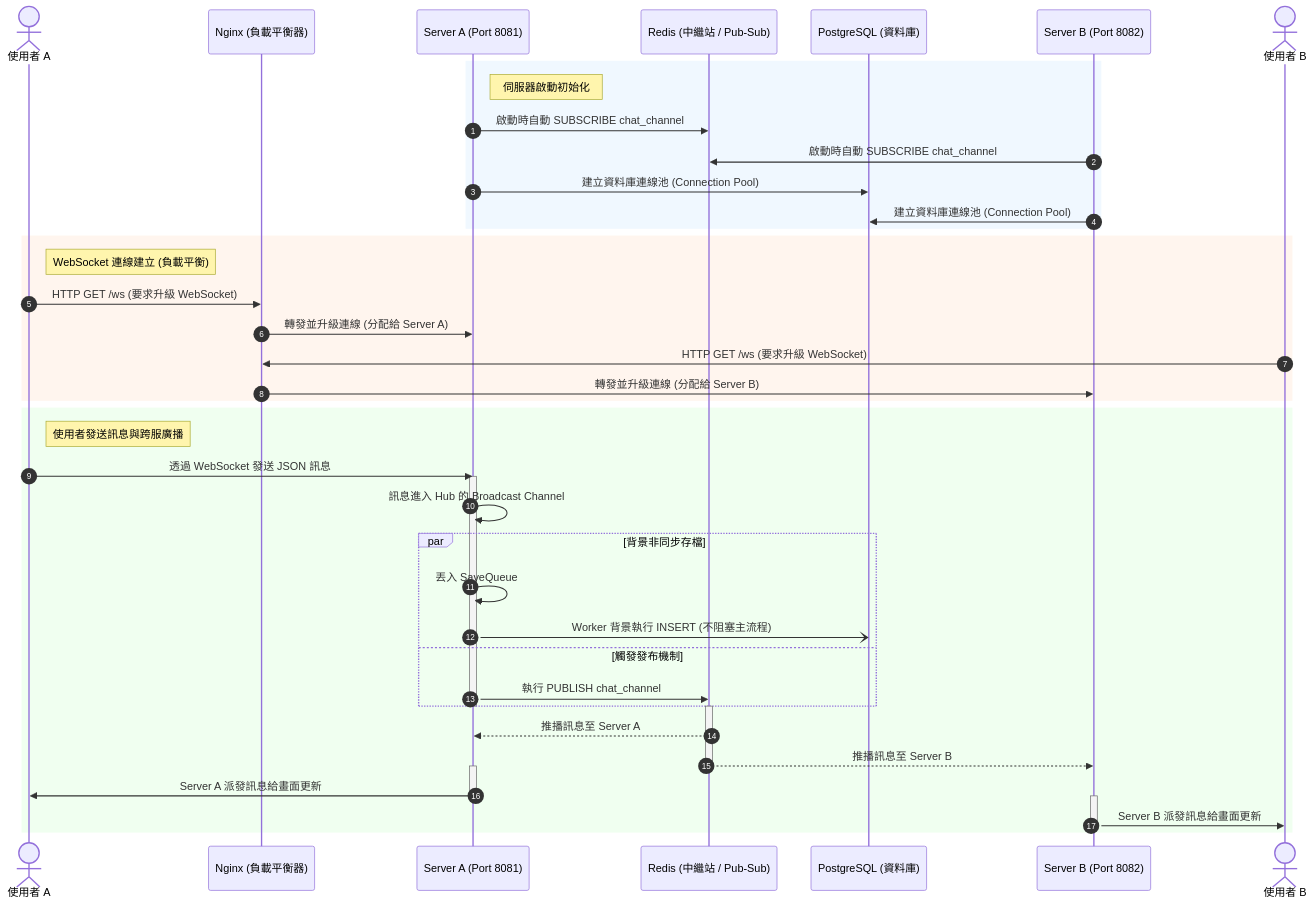
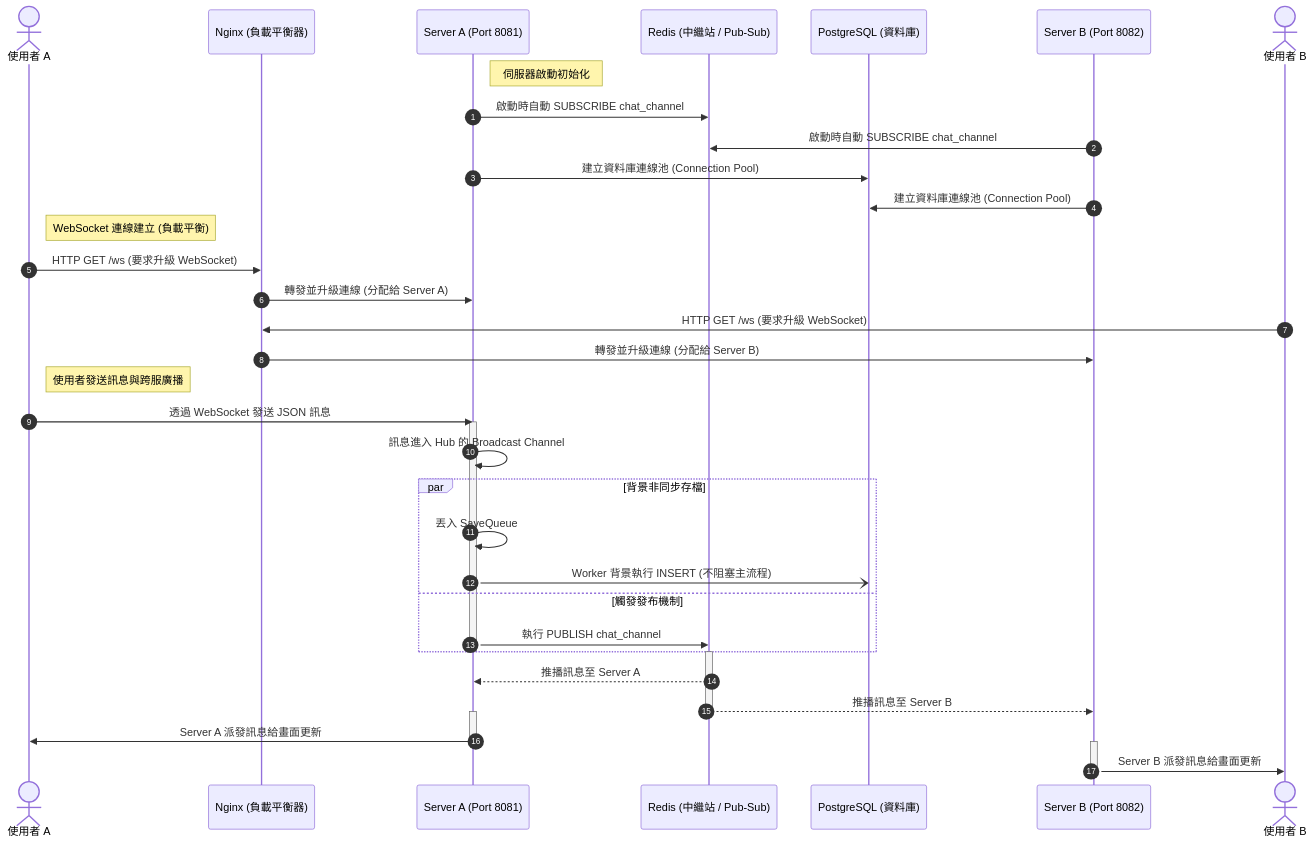
One commit to aleejiaming/flashchat-go changed the first of 2 diagrams in README.md. Above: the diagram before and after it, drawn with Mermaid.

Commit message:
Refactor sequence diagram formatting in README

````diff
--- a/README.md
+++ b/README.md
@@ -10,61 +10,55 @@
 ```mermaid
 sequenceDiagram
     autonumber
     
     actor UserA as 使用者 A
     participant Nginx as Nginx (負載平衡器)
     participant SrvA as Server A (Port 8081)
     participant Redis as Redis (中繼站 / Pub-Sub)
     participant DB as PostgreSQL (資料庫)
     participant SrvB as Server B (Port 8082)
     actor UserB as 使用者 B
 
     %% --- 啟動與訂閱階段 ---
-    rect rgb(240, 248, 255)
-        Note right of SrvA: 伺服器啟動初始化
-        SrvA->>Redis: 啟動時自動 SUBSCRIBE chat_channel
-        SrvB->>Redis: 啟動時自動 SUBSCRIBE chat_channel
-        SrvA->>DB: 建立資料庫連線池 (Connection Pool)
-        SrvB->>DB: 建立資料庫連線池 (Connection Pool)
-    end
+    Note right of SrvA: 伺服器啟動初始化
+    SrvA->>Redis: 啟動時自動 SUBSCRIBE chat_channel
+    SrvB->>Redis: 啟動時自動 SUBSCRIBE chat_channel
+    SrvA->>DB: 建立資料庫連線池 (Connection Pool)
+    SrvB->>DB: 建立資料庫連線池 (Connection Pool)
 
     %% --- 連線階段 ---
-    rect rgb(255, 245, 238)
-        Note right of UserA: WebSocket 連線建立 (負載平衡)
-        UserA->>Nginx: HTTP GET /ws (要求升級 WebSocket)
-        Nginx->>SrvA: 轉發並升級連線 (分配給 Server A)
-        
-        UserB->>Nginx: HTTP GET /ws (要求升級 WebSocket)
-        Nginx->>SrvB: 轉發並升級連線 (分配給 Server B)
-    end
+    Note right of UserA: WebSocket 連線建立 (負載平衡)
+    UserA->>Nginx: HTTP GET /ws (要求升級 WebSocket)
+    Nginx->>SrvA: 轉發並升級連線 (分配給 Server A)
+    
+    UserB->>Nginx: HTTP GET /ws (要求升級 WebSocket)
+    Nginx->>SrvB: 轉發並升級連線 (分配給 Server B)
 
     %% --- 訊息傳遞階段 ---
-    rect rgb(240, 255, 240)
-        Note right of UserA: 使用者發送訊息與跨服廣播
-        UserA->>SrvA: 透過 WebSocket 發送 JSON 訊息
-        
-        activate SrvA
-        SrvA->>SrvA: 訊息進入 Hub 的 Broadcast Channel
-        
-        par 背景非同步存檔
-            SrvA->>SrvA: 丟入 SaveQueue
-            SrvA-)DB: Worker 背景執行 INSERT (不阻塞主流程)
-        and 觸發發布機制
-            SrvA->>Redis: 執行 PUBLISH chat_channel
-        end
-        deactivate SrvA
+    Note right of UserA: 使用者發送訊息與跨服廣播
+    UserA->>SrvA: 透過 WebSocket 發送 JSON 訊息
+    
+    activate SrvA
+    SrvA->>SrvA: 訊息進入 Hub 的 Broadcast Channel
+    
+    par 背景非同步存檔
+        SrvA->>SrvA: 丟入 SaveQueue
+        SrvA-)DB: Worker 背景執行 INSERT (不阻塞主流程)
+    and 觸發發布機制
+        SrvA->>Redis: 執行 PUBLISH chat_channel
+    end
+    deactivate SrvA
 
-        activate Redis
-        Redis-->>SrvA: 推播訊息至 Server A
-        Redis-->>SrvB: 推播訊息至 Server B
-        deactivate Redis
+    activate Redis
+    Redis-->>SrvA: 推播訊息至 Server A
+    Redis-->>SrvB: 推播訊息至 Server B
+    deactivate Redis
 
-        activate SrvA
-        SrvA->>UserA: Server A 派發訊息給畫面更新
-        deactivate SrvA
+    activate SrvA
+    SrvA->>UserA: Server A 派發訊息給畫面更新
+    deactivate SrvA
 
-        activate SrvB
-        SrvB->>UserB: Server B 派發訊息給畫面更新
-        deactivate SrvB
-    end
+    activate SrvB
+    SrvB->>UserB: Server B 派發訊息給畫面更新
+    deactivate SrvB
 ```
````
